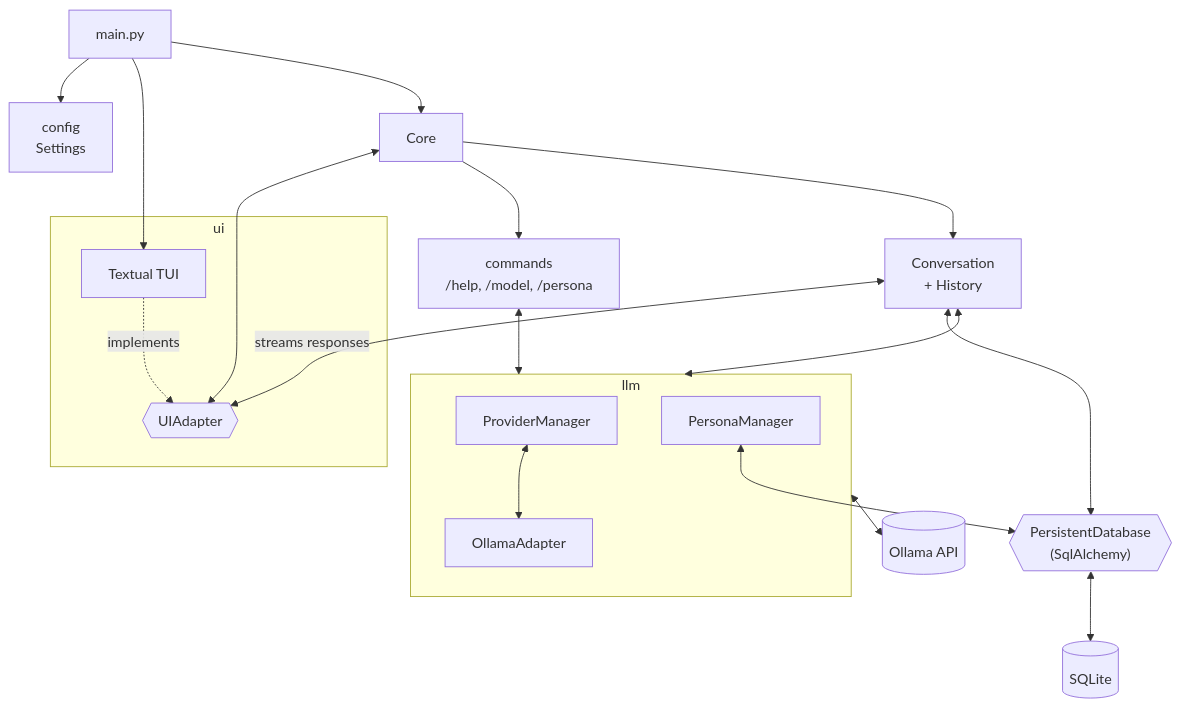
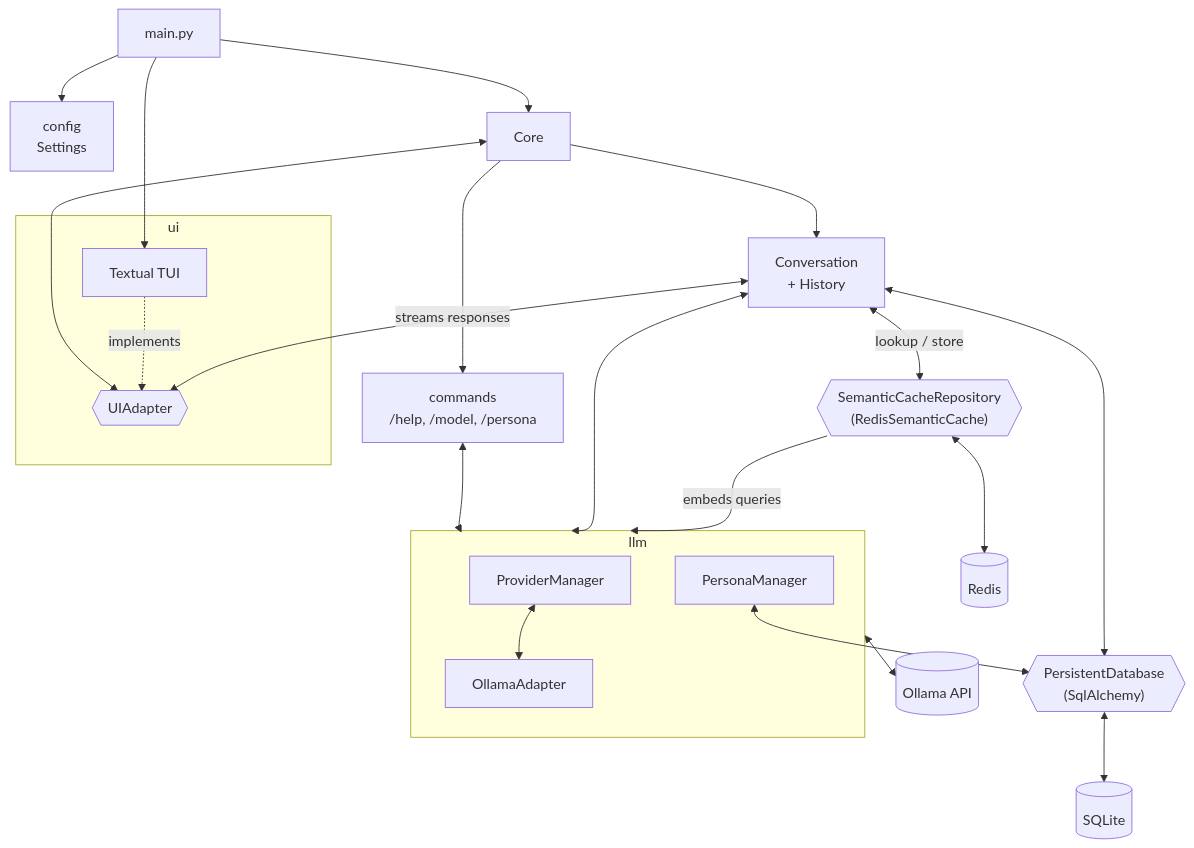
Before and after one commit to EstebanPeroz/Sensai: the diagram in docs/architecture/current_architecture.md, drawn with Mermaid. The commit also changed other lines of this file, not shown here.

Commit message:
docs(architecture): add the semantic cache to the current architecture

````diff
--- a/docs/architecture/current_architecture.md
+++ b/docs/architecture/current_architecture.md
@@ -5,46 +5,51 @@
 ```mermaid
 flowchart TB
     MAIN["main.py"]
     CONFIG["config<br/>Settings"]
     CORE["Core"]
 
     subgraph UI["ui"]
         UIA{{"UIAdapter"}}
         TUI["Textual TUI"]
     end
 
     CMDS["commands<br/>/help, /model, /persona"]
     CONV["Conversation<br/>+ History"]
 
     subgraph LLM["llm"]
         PM["ProviderManager"]
         OLLAMA["OllamaAdapter"]
         PERSONA["PersonaManager"]
     end
 
     DB{{"PersistentDatabase<br/>(SqlAlchemy)"}}
+    CACHE{{"SemanticCacheRepository<br/>(RedisSemanticCache)"}}
 
     OLLAMAAPI[("Ollama API")]
     SQLITE[("SQLite")]
+    REDIS[("Redis")]
 
     MAIN --> CONFIG
     MAIN --> TUI
     MAIN --> CORE
 
     CORE <--> UIA
     CORE --> CMDS
     CORE --> CONV
 
     TUI -.->|implements| UIA
 
     CMDS <--> LLM
 
     CONV <--> LLM
     CONV <--> DB
+    CONV <-->|lookup / store| CACHE
     CONV <-->|streams responses| UIA
 
     PM <--> OLLAMA
     LLM <--> OLLAMAAPI
     PERSONA <--> DB
     DB <--> SQLITE
+    CACHE <--> REDIS
+    CACHE -->|embeds queries| LLM
 ```
````
